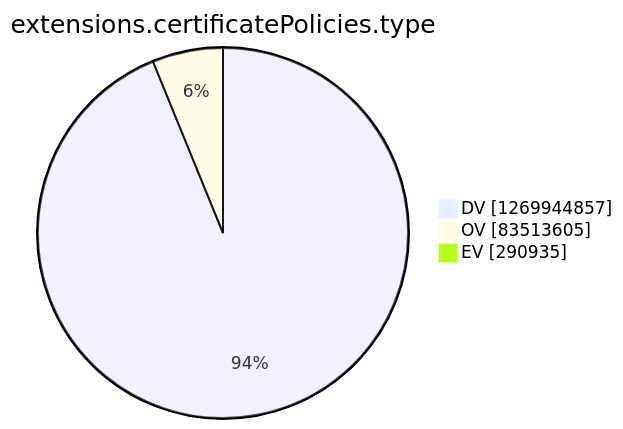
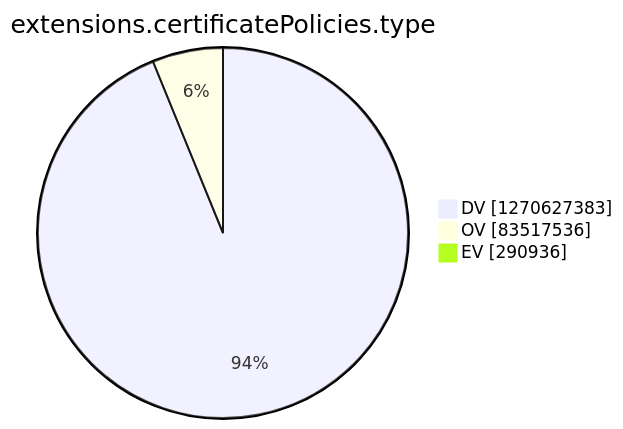
One commit to christiankrug/ctmonitor_visualization changed the tenth of 15 diagrams in argon2022/README.md. Above: the diagram before and after it, drawn with Mermaid. The commit also changed other lines of this file, not shown here.

````diff
--- a/argon2022/README.md
+++ b/argon2022/README.md
@@ -2771,7 +2771,7 @@
 ```mermaid
 pie showData
 title extensions.certificatePolicies.type
-"DV" :1269944857
-"OV" :83513605
-"EV" :290935
+"DV" :1270627383
+"OV" :83517536
+"EV" :290936
 ```
````
